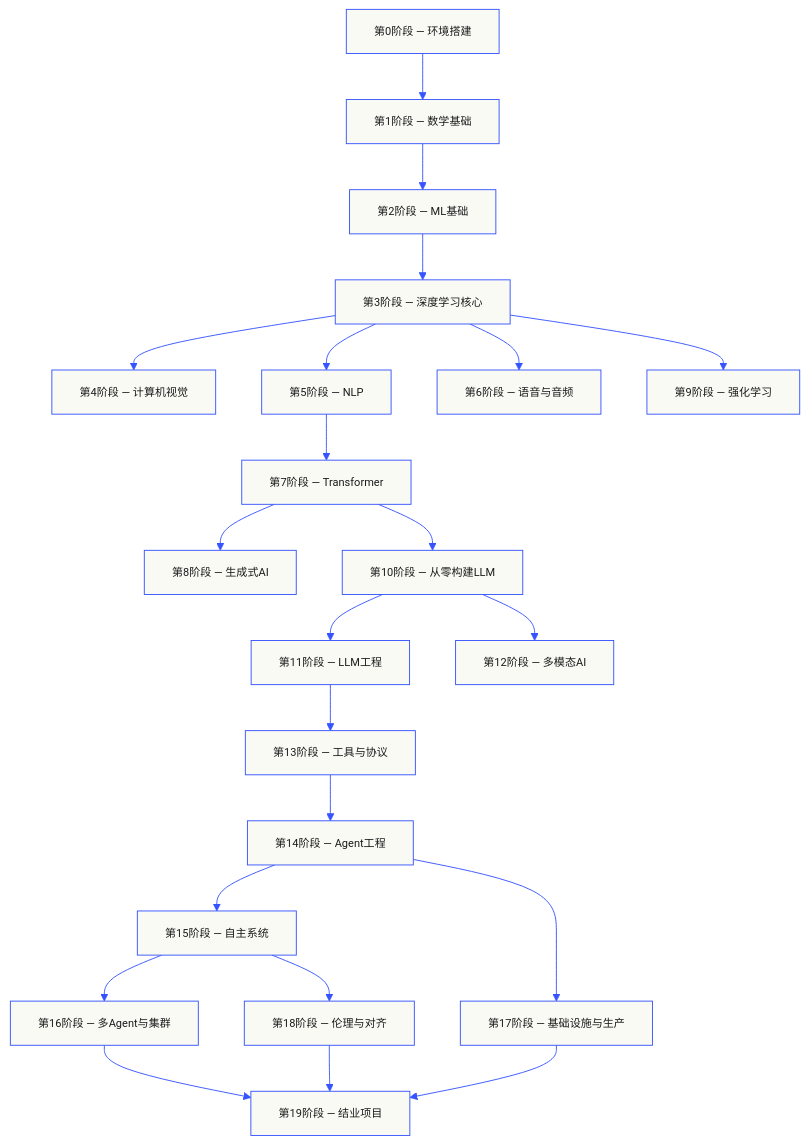
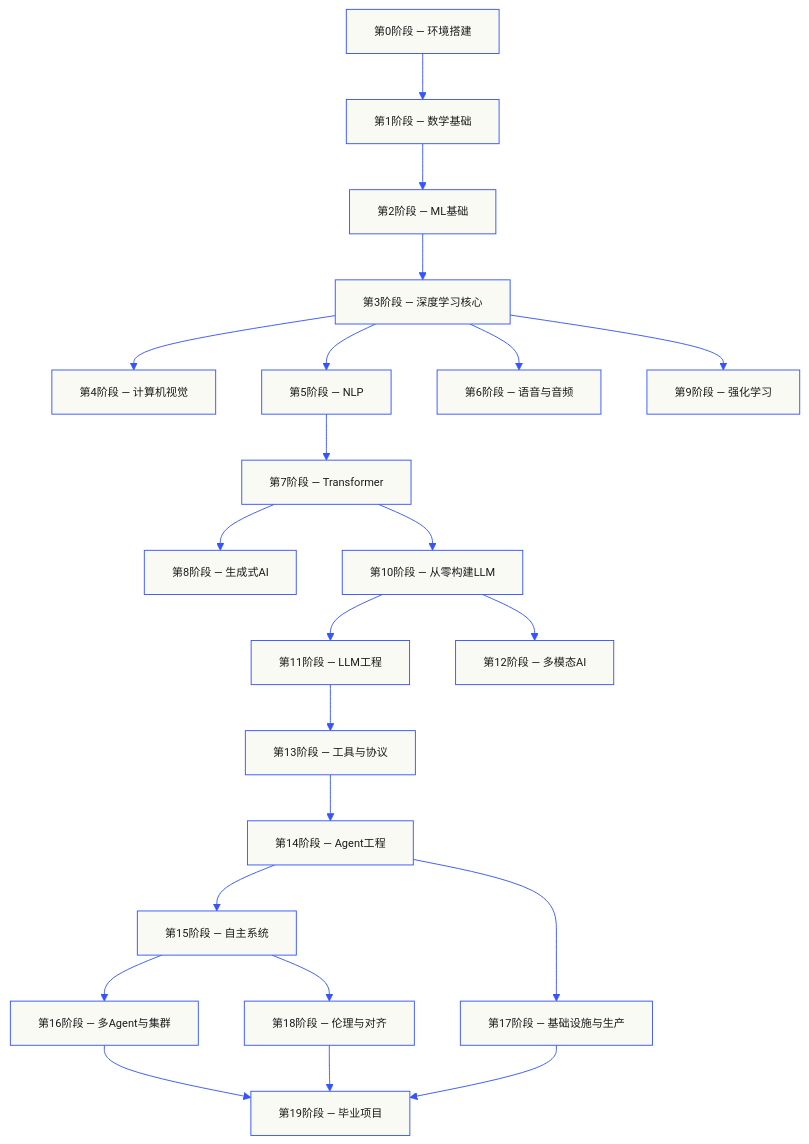
Before and after one commit to xiaojiaenen/ai-engineering-from-scratch-zh: the first of 2 diagrams in README.md, drawn with Mermaid.

Commit message:
结业项目 -> 毕业项目

````diff
--- a/README.md
+++ b/README.md
@@ -38,25 +38,25 @@
 ```mermaid
 %%{init: {'theme':'base','themeVariables':{'primaryColor':'#fafaf5','primaryTextColor':'#1a1a1a','primaryBorderColor':'#3553ff','lineColor':'#3553ff','fontFamily':'JetBrains Mono','fontSize':'12px'}}}%%
 flowchart TB
   P0["第0阶段 — 环境搭建"] --> P1["第1阶段 — 数学基础"]
   P1 --> P2["第2阶段 — ML基础"]
   P2 --> P3["第3阶段 — 深度学习核心"]
   P3 --> P4["第4阶段 — 计算机视觉"]
   P3 --> P5["第5阶段 — NLP"]
   P3 --> P6["第6阶段 — 语音与音频"]
   P3 --> P9["第9阶段 — 强化学习"]
   P5 --> P7["第7阶段 — Transformer"]
   P7 --> P8["第8阶段 — 生成式AI"]
   P7 --> P10["第10阶段 — 从零构建LLM"]
   P10 --> P11["第11阶段 — LLM工程"]
   P10 --> P12["第12阶段 — 多模态AI"]
   P11 --> P13["第13阶段 — 工具与协议"]
   P13 --> P14["第14阶段 — Agent工程"]
   P14 --> P15["第15阶段 — 自主系统"]
   P15 --> P16["第16阶段 — 多Agent与集群"]
   P14 --> P17["第17阶段 — 基础设施与生产"]
   P15 --> P18["第18阶段 — 伦理与对齐"]
-  P16 --> P19["第19阶段 — 结业项目"]
+  P16 --> P19["第19阶段 — 毕业项目"]
   P17 --> P19
   P18 --> P19
 ```
````
